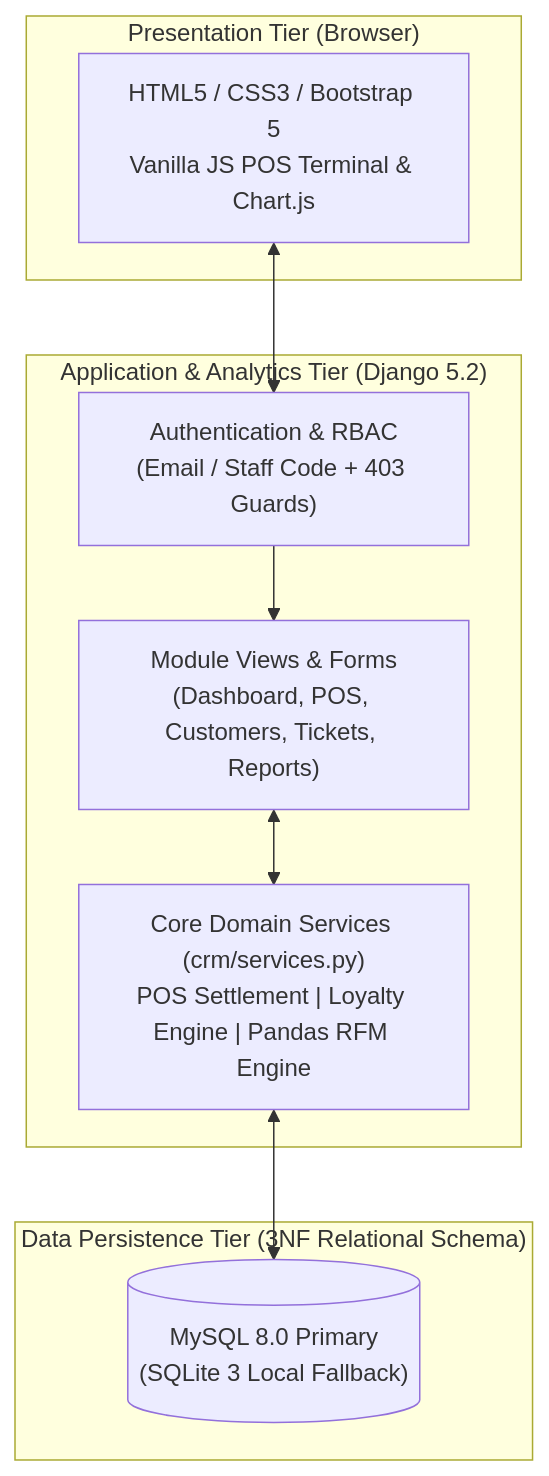
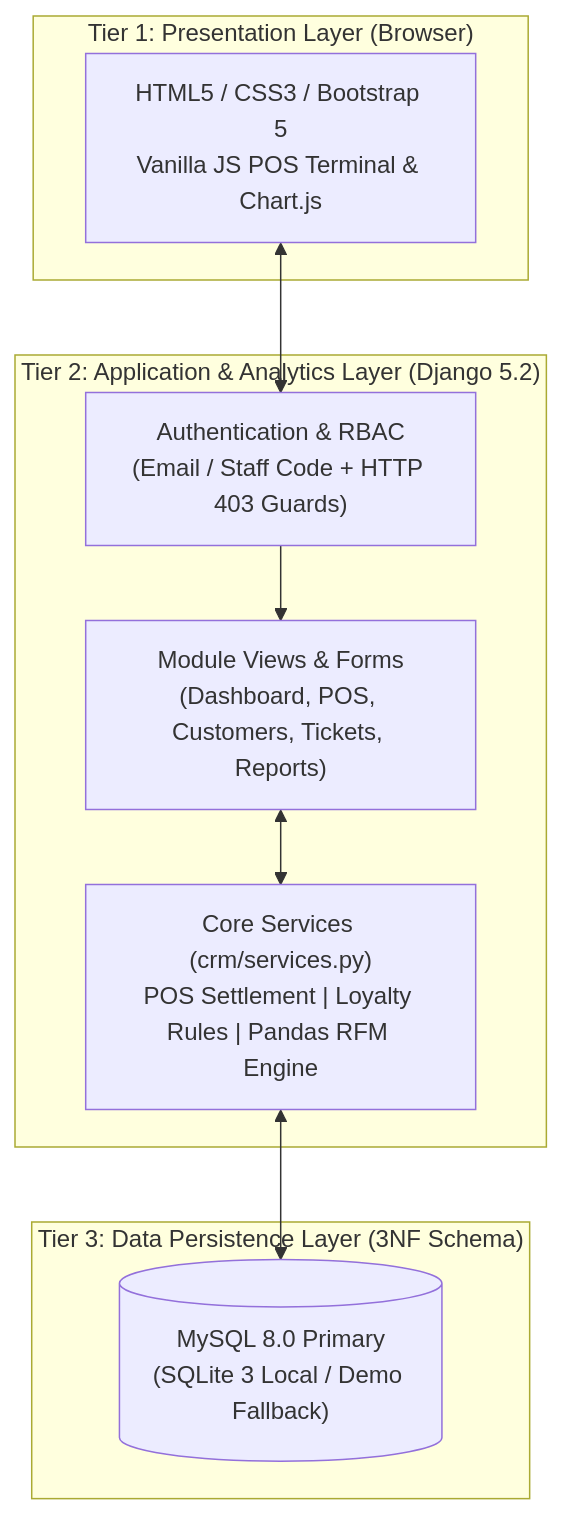
One commit to Ahamefuna/ui-ventures-retail-crm changed the first of 2 diagrams in README.md. Above: the diagram before and after it, drawn with Mermaid. The commit also changed other lines of this file, not shown here.

Commit message:
Refine README for CSC 476 presentation and live login walkthrough

````diff
--- a/README.md
+++ b/README.md
@@ -68,21 +105,21 @@
 ```mermaid
 flowchart TB
-    subgraph Presentation["Presentation Tier (Browser)"]
+    subgraph Presentation["Tier 1: Presentation Layer (Browser)"]
         UI["HTML5 / CSS3 / Bootstrap 5\nVanilla JS POS Terminal & Chart.js"]
     end
 
-    subgraph Application["Application & Analytics Tier (Django 5.2)"]
-        AUTH["Authentication & RBAC\n(Email / Staff Code + 403 Guards)"]
+    subgraph Application["Tier 2: Application & Analytics Layer (Django 5.2)"]
+        AUTH["Authentication & RBAC\n(Email / Staff Code + HTTP 403 Guards)"]
         VIEWS["Module Views & Forms\n(Dashboard, POS, Customers, Tickets, Reports)"]
-        SERVICES["Core Domain Services (crm/services.py)\nPOS Settlement | Loyalty Engine | Pandas RFM Engine"]
+        SERVICES["Core Services (crm/services.py)\nPOS Settlement | Loyalty Rules | Pandas RFM Engine"]
     end
 
-    subgraph Data["Data Persistence Tier (3NF Relational Schema)"]
-        DB[("MySQL 8.0 Primary\n(SQLite 3 Local Fallback)")]
+    subgraph Data["Tier 3: Data Persistence Layer (3NF Schema)"]
+        DB[("MySQL 8.0 Primary\n(SQLite 3 Local / Demo Fallback)")]
     end
 
     UI <--> AUTH
     AUTH --> VIEWS
     VIEWS <--> SERVICES
     SERVICES <--> DB
 ```
````
